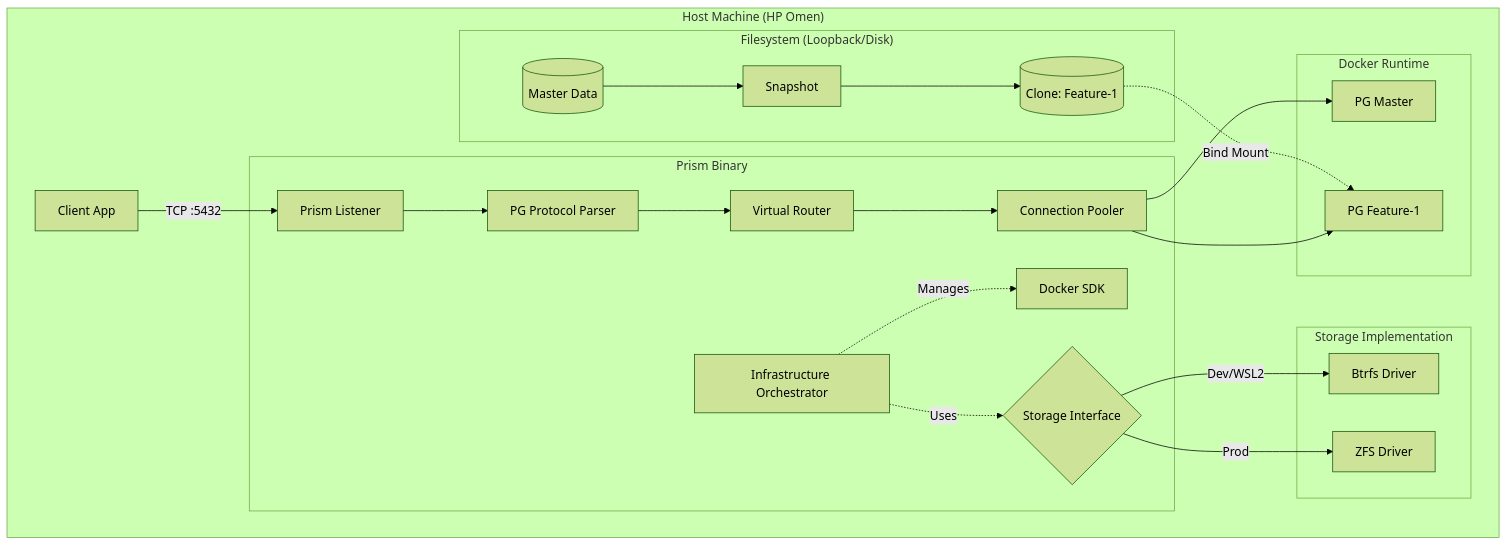
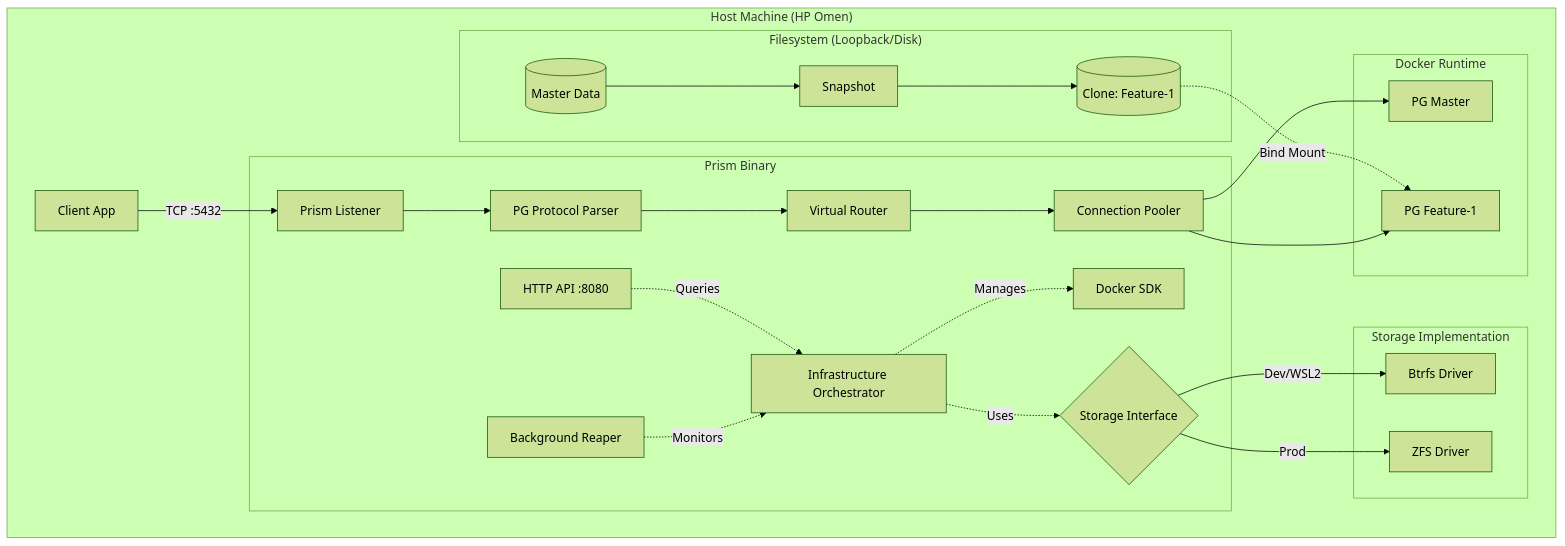
Before and after one commit to bit2swaz/prism: the second of 2 diagrams in PRD_v0.1.0.md, drawn with Mermaid (forest theme). The commit also changed other lines of this file and 1 other file, not shown here.

````diff
--- a/PRD_v0.1.0.md
+++ b/PRD_v0.1.0.md
@@ -87,39 +87,41 @@
 ```mermaid
 graph TD
     subgraph "Host Machine (HP Omen)"
         Client[Client App] -->|TCP :5432| Listener[Prism Listener]
         
         subgraph "Prism Binary"
             Listener --> Parser[PG Protocol Parser]
             Parser --> Router[Virtual Router]
             Router --> Pool[Connection Pooler]
             
             Orchestrator[Infrastructure Orchestrator] -.->|Manages| Docker[Docker SDK]
             Orchestrator -.->|Uses| StorageInterface{Storage Interface}
+            Reaper[Background Reaper] -.->|Monitors| Orchestrator
+            API[HTTP API :8080] -.->|Queries| Orchestrator
         end
 
         subgraph "Storage Implementation"
             StorageInterface -->|Dev/WSL2| BtrfsDriver[Btrfs Driver]
             StorageInterface -->|Prod| ZFSDriver[ZFS Driver]
         end
 
         subgraph "Filesystem (Loopback/Disk)"
             MasterData[(Master Data)]
             Snap1[Snapshot]
             Clone1[(Clone: Feature-1)]
             
             MasterData --> Snap1
             Snap1 --> Clone1
         end
 
         subgraph "Docker Runtime"
             PgMaster[PG Master]
             PgBranch1[PG Feature-1]
         end
 
         Pool --> PgMaster
         Pool --> PgBranch1
 
         Clone1 -.->|Bind Mount| PgBranch1
     end
 ```
````
